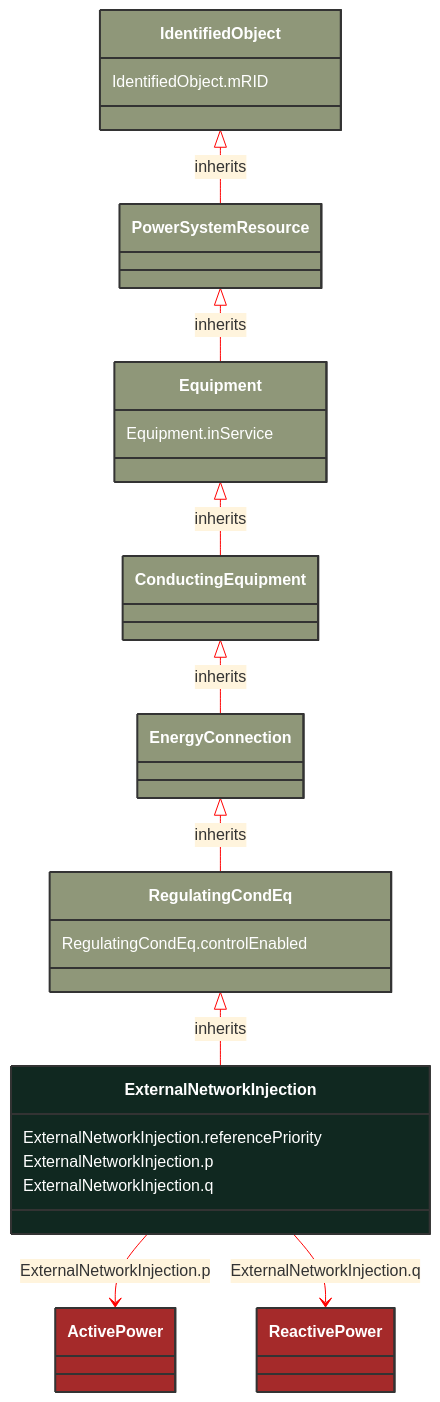
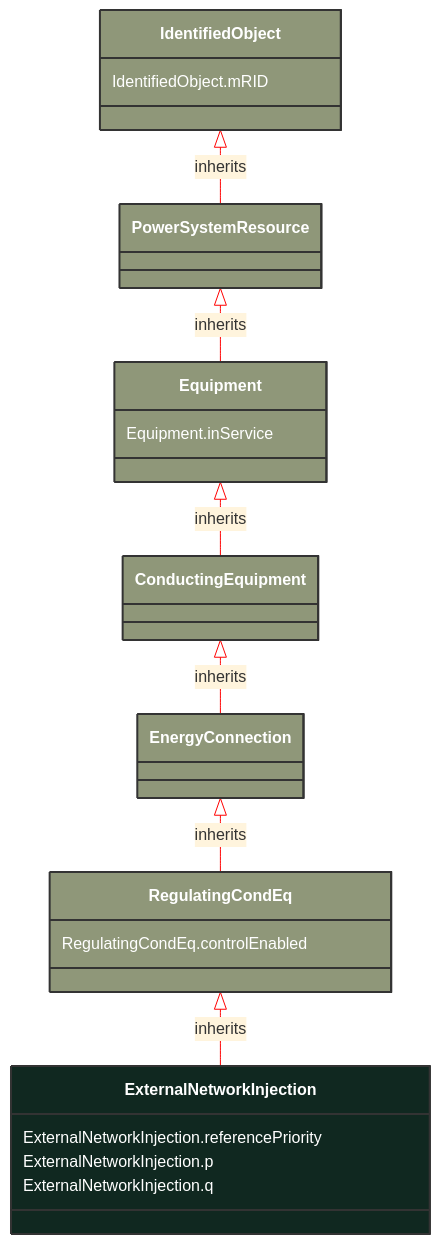
The diagram in docs/Models/Profiles/SteadyStateHypothesis/ConcreteClasses/ExternalNetworkInjection.md (3lbits/NoCIMExtensions), drawn with Mermaid before and after one commit. The commit also changed 397 other files, not shown here.

First line of the commit message:
Refactor CIM schemas to introduce abstract classes and consolidate data types

````diff
--- a/docs/Models/Profiles/SteadyStateHypothesis/ConcreteClasses/ExternalNetworkInjection.md
+++ b/docs/Models/Profiles/SteadyStateHypothesis/ConcreteClasses/ExternalNetworkInjection.md
@@ -8,50 +8,40 @@
 ```mermaid
 %%{init: {'theme':'base','themeVariables': {'lineColor': '#FF0000'}}}%%
 classDiagram
     class ExternalNetworkInjection
     click ExternalNetworkInjection href "/Models/Profiles/SteadyStateHypothesis/ConcreteClasses/ExternalNetworkInjection/"
     style ExternalNetworkInjection fill:#102820,stroke:#333,stroke-width:2px,rx:10,ry:10,color:white
      
         RegulatingCondEq <|-- ExternalNetworkInjection : inherits
             click RegulatingCondEq href "/Models/Profiles/SteadyStateHypothesis/ConcreteClasses/RegulatingCondEq/"
             style RegulatingCondEq fill:#8F9779,stroke:#333,stroke-width:2px,rx:10,ry:10,color:white
      
         EnergyConnection <|-- RegulatingCondEq : inherits
             click EnergyConnection href "/Models/Profiles/SteadyStateHypothesis/ConcreteClasses/EnergyConnection/"
             style EnergyConnection fill:#8F9779,stroke:#333,stroke-width:2px,rx:10,ry:10,color:white
      
         ConductingEquipment <|-- EnergyConnection : inherits
             click ConductingEquipment href "/Models/Profiles/SteadyStateHypothesis/ConcreteClasses/ConductingEquipment/"
             style ConductingEquipment fill:#8F9779,stroke:#333,stroke-width:2px,rx:10,ry:10,color:white
      
         Equipment <|-- ConductingEquipment : inherits
             click Equipment href "/Models/Profiles/SteadyStateHypothesis/ConcreteClasses/Equipment/"
             style Equipment fill:#8F9779,stroke:#333,stroke-width:2px,rx:10,ry:10,color:white
      
         PowerSystemResource <|-- Equipment : inherits
             click PowerSystemResource href "/Models/Profiles/SteadyStateHypothesis/ConcreteClasses/PowerSystemResource/"
             style PowerSystemResource fill:#8F9779,stroke:#333,stroke-width:2px,rx:10,ry:10,color:white
      
         IdentifiedObject <|-- PowerSystemResource : inherits
             click IdentifiedObject href "/Models/Profiles/SteadyStateHypothesis/ConcreteClasses/IdentifiedObject/"
             style IdentifiedObject fill:#8F9779,stroke:#333,stroke-width:2px,rx:10,ry:10,color:white
 
-        ExternalNetworkInjection --> ActivePower : ExternalNetworkInjection.p
-
-        ActivePower
-            click ActivePower href "/Models/Profiles/SteadyStateHypothesis/ConcreteClasses/ActivePower/"
-            style ActivePower fill:#A52A2A,stroke:#333,stroke-width:2px,rx:10,ry:10,color:white
-        ExternalNetworkInjection --> ReactivePower : ExternalNetworkInjection.q
-
-        ReactivePower
-            click ReactivePower href "/Models/Profiles/SteadyStateHypothesis/ConcreteClasses/ReactivePower/"
-            style ReactivePower fill:#A52A2A,stroke:#333,stroke-width:2px,rx:10,ry:10,color:white
 
 
         ExternalNetworkInjection : ExternalNetworkInjection.referencePriority
         ExternalNetworkInjection : ExternalNetworkInjection.p
         ExternalNetworkInjection : ExternalNetworkInjection.q
         RegulatingCondEq : RegulatingCondEq.controlEnabled
         Equipment : Equipment.inService
         IdentifiedObject : IdentifiedObject.mRID
 ```
````
